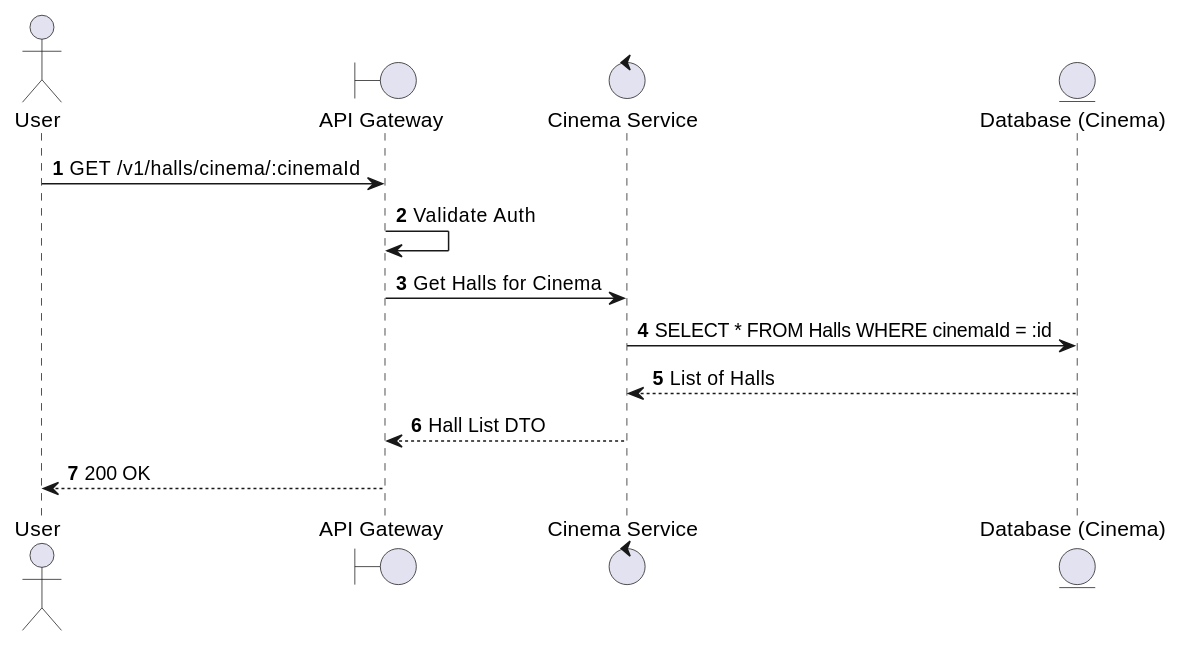
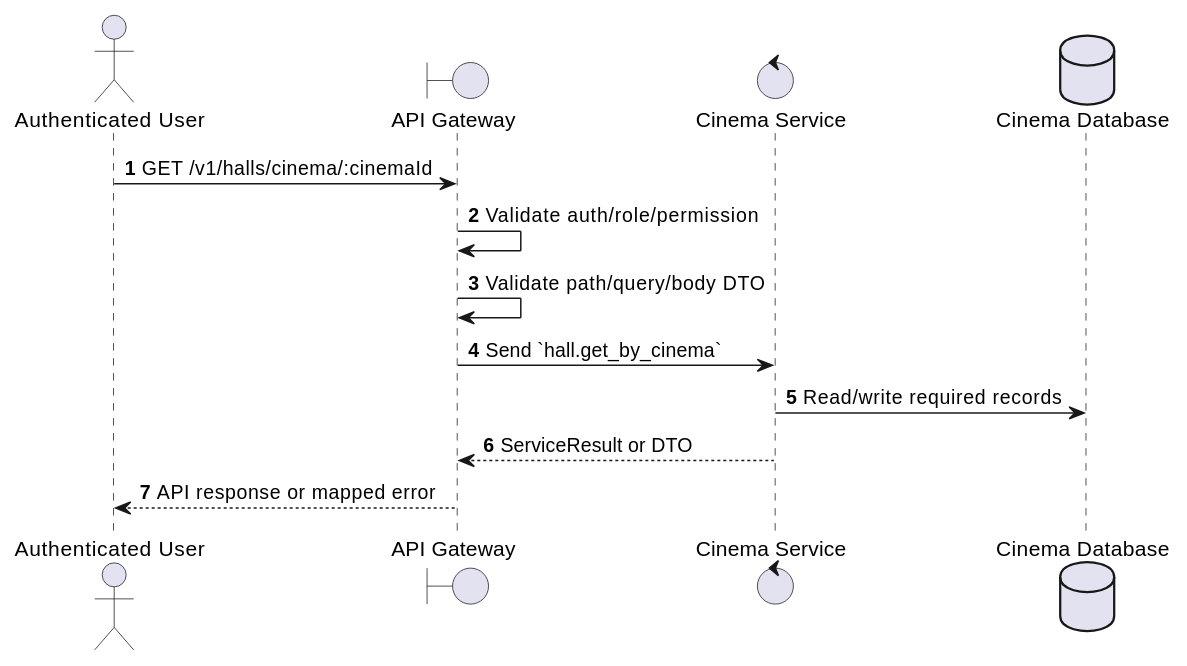
Before and after one commit to Tanh1603/movie-hub-architecture: the first of 2 diagrams in docs/functional_specs/3.2.2_Hall_Management/HM-02_Get_Halls_of_Cinema.md, drawn with PlantUML. The commit also changed other lines of this file and 126 other files, not shown here.

````diff
--- a/docs/functional_specs/3.2.2_Hall_Management/HM-02_Get_Halls_of_Cinema.md
+++ b/docs/functional_specs/3.2.2_Hall_Management/HM-02_Get_Halls_of_Cinema.md
@@ -17,17 +17,17 @@
 ```plantuml
 @startuml
 autonumber
-actor User
+actor "Authenticated User" as Actor
 boundary "API Gateway" as GW
-control "Cinema Service" as CS
-entity "Database (Cinema)" as DB
+control "Cinema Service" as SVC
+database "Cinema Database" as DB
 
-User -> GW: GET /v1/halls/cinema/:cinemaId
-GW -> GW: Validate Auth
-GW -> CS: Get Halls for Cinema
-CS -> DB: SELECT * FROM Halls WHERE cinemaId = :id
-DB --> CS: List of Halls
-CS --> GW: Hall List DTO
-GW --> User: 200 OK
+Actor -> GW: GET /v1/halls/cinema/:cinemaId
+GW -> GW: Validate auth/role/permission
+GW -> GW: Validate path/query/body DTO
+GW -> SVC: Send `hall.get_by_cinema`
+SVC -> DB: Read/write required records
+SVC --> GW: ServiceResult or DTO
+GW --> Actor: API response or mapped error
 @enduml
 ```
````
